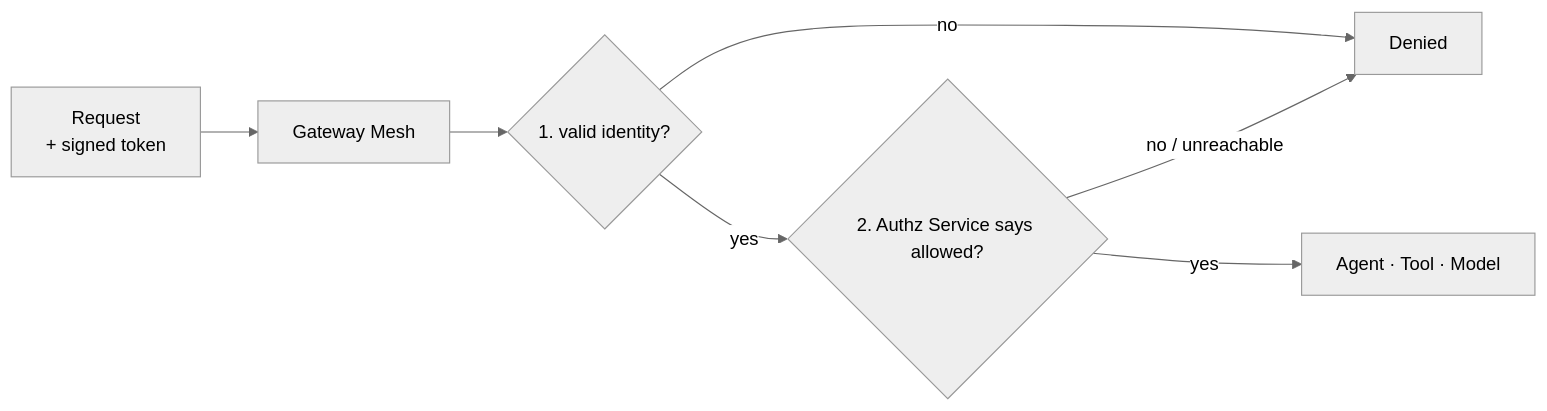
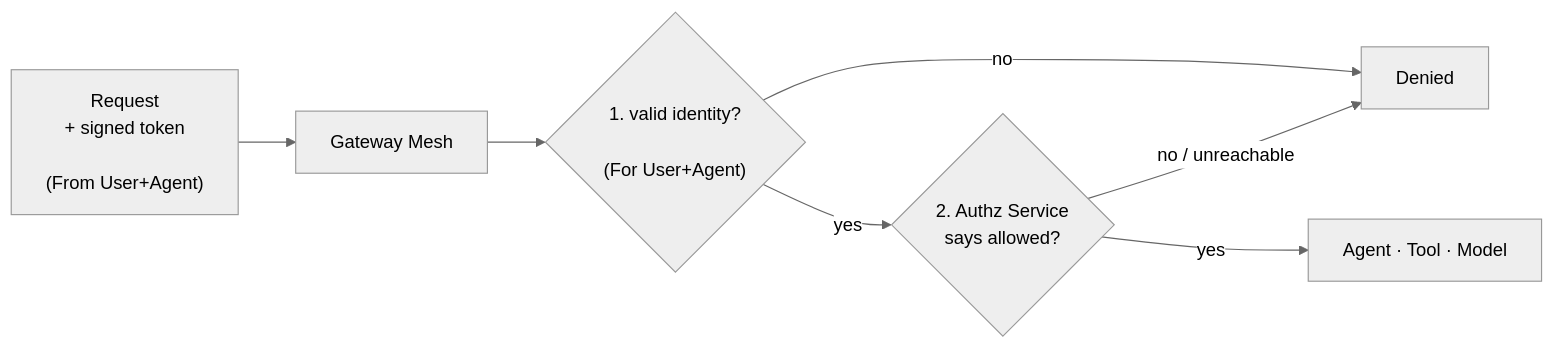
One commit to axsaucedo/kaos changed the third of 12 diagrams in docs/examples/authorization-draft.md. Above: the diagram before and after it, drawn with Mermaid (neutral theme). The commit also changed other lines of this file, not shown here.

Commit message:
updated chart

````diff
--- a/docs/examples/authorization-draft.md
+++ b/docs/examples/authorization-draft.md
@@ -222,9 +157,9 @@
 ```mermaid
 flowchart LR
-  REQ["Request<br/>+ signed token"] --> GW["Gateway Mesh"]
-  GW --> C1{"1. valid identity?"}
+  REQ["Request<br/>+ signed token<br><br>(From User+Agent)"] --> GW["Gateway Mesh"]
+  GW --> C1{"1. valid identity?<br><br> (For User+Agent)"}
   C1 -->|"no"| DENY["Denied"]
-  C1 -->|"yes"| C2{"2. Authz Service says allowed?"}
+  C1 -->|"yes"| C2{"2. Authz Service <br>says allowed?"}
   C2 -->|"no / unreachable"| DENY
   C2 -->|"yes"| DEST["Agent · Tool · Model"]
 ```
````
